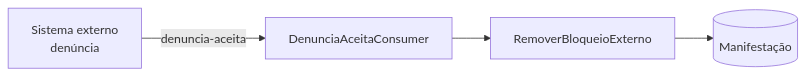
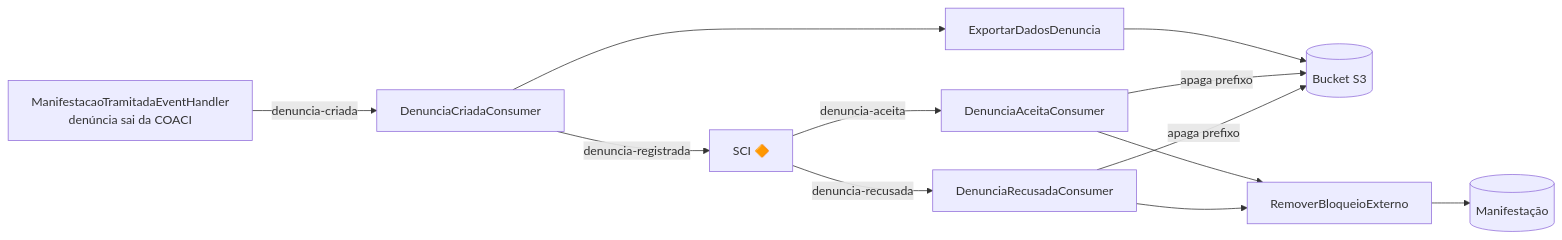
The diagram in 01-Sistemas/PARTICIPA-DF/Backend/01-Visao-Geral/PARTICIPA-DF-Backend-Workflows-e-Consumidores.md (camilarqf/mega-brain), drawn with Mermaid before and after one commit. The commit also changed other lines of this file and 13 other files, not shown here.

````diff
--- a/01-Sistemas/PARTICIPA-DF/Backend/01-Visao-Geral/PARTICIPA-DF-Backend-Workflows-e-Consumidores.md
+++ b/01-Sistemas/PARTICIPA-DF/Backend/01-Visao-Geral/PARTICIPA-DF-Backend-Workflows-e-Consumidores.md
@@ -63,6 +69,14 @@
 ```mermaid
 flowchart LR
-    X[Sistema externo<br/>denúncia] -- denuncia-aceita --> C[DenunciaAceitaConsumer]
-    C --> R[RemoverBloqueioExterno]
+    T[ManifestacaoTramitadaEventHandler<br/>denúncia sai da COACI] -- denuncia-criada --> K[DenunciaCriadaConsumer]
+    K --> E[ExportarDadosDenuncia]
+    E --> S[(Bucket S3)]
+    K -- denuncia-registrada --> X[SCI 🔶]
+    X -- denuncia-aceita --> A[DenunciaAceitaConsumer]
+    X -- denuncia-recusada --> Z[DenunciaRecusadaConsumer]
+    A --> R[RemoverBloqueioExterno]
+    Z --> R
+    A -- apaga prefixo --> S
+    Z -- apaga prefixo --> S
     R --> M[(Manifestação)]
 ```
````
